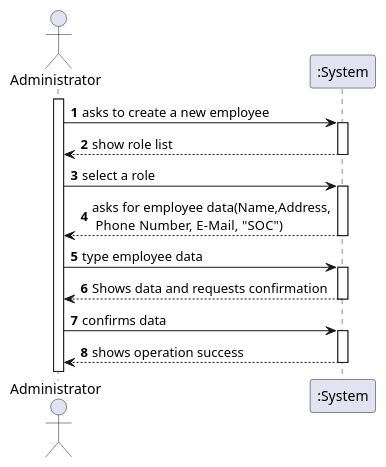
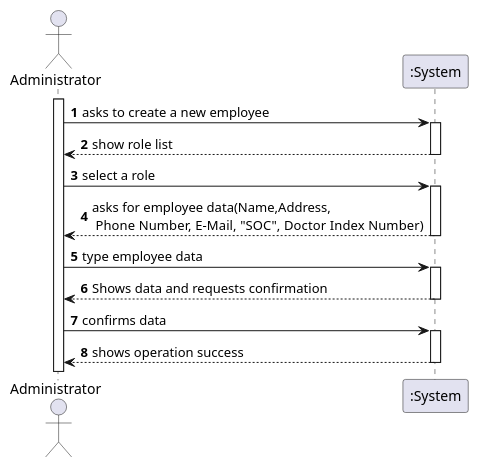
One commit to MarianaCLages/LAPR2 changed the diagram in docs/SprintB/US7/US07_SSD.puml. Above: the diagram before and after it, drawn with PlantUML. The commit also changed 5 other files, not shown here.

```diff
--- a/docs/SprintB/US7/US07_SSD.puml
+++ b/docs/SprintB/US7/US07_SSD.puml
@@ -1,31 +1,31 @@
 @startuml
 'https://plantuml.com/sequence-diagram
 
 autonumber
 
 actor "Administrator" as ADM
 
 activate ADM
 
 ADM -> ":System" : asks to create a new employee
 activate ":System"
 
 ADM <-- ":System": show role list
 deactivate ":System"
 
 ADM -> ":System": select a role
 activate ":System"
-ADM <-- ":System": asks for employee data(Name,Address,\n Phone Number, E-Mail,  "SOC")
+ADM <-- ":System": asks for employee data(Name,Address,\n Phone Number, E-Mail,  "SOC", Doctor Index Number)
 deactivate ":System"
 
 ADM -> ":System": type employee data
 activate ":System"
 ADM <-- ":System": Shows data and requests confirmation
 deactivate ":System"
 
 ADM -> ":System": confirms data
 activate ":System"
 ADM <-- ":System": shows operation success
 deactivate ":System"
 
 @enduml
```
